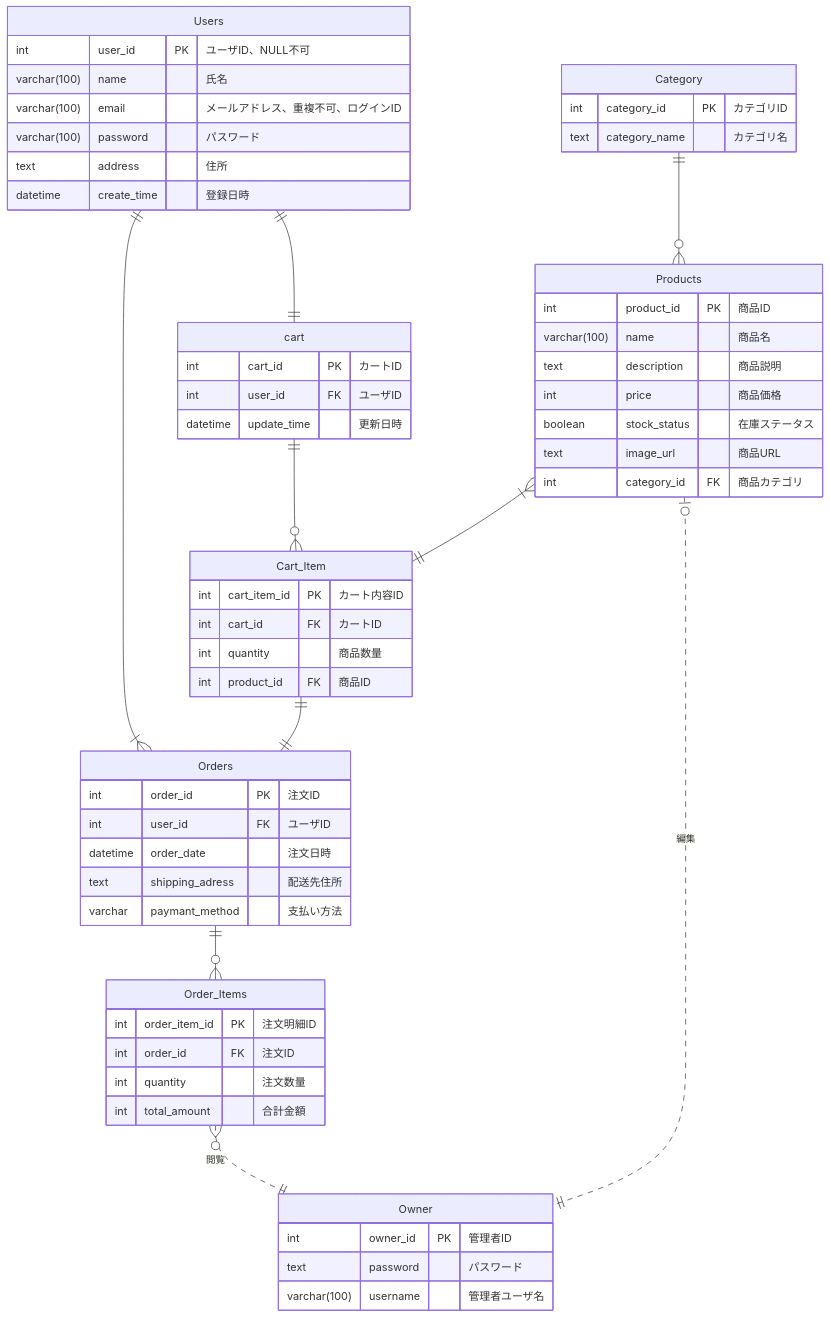
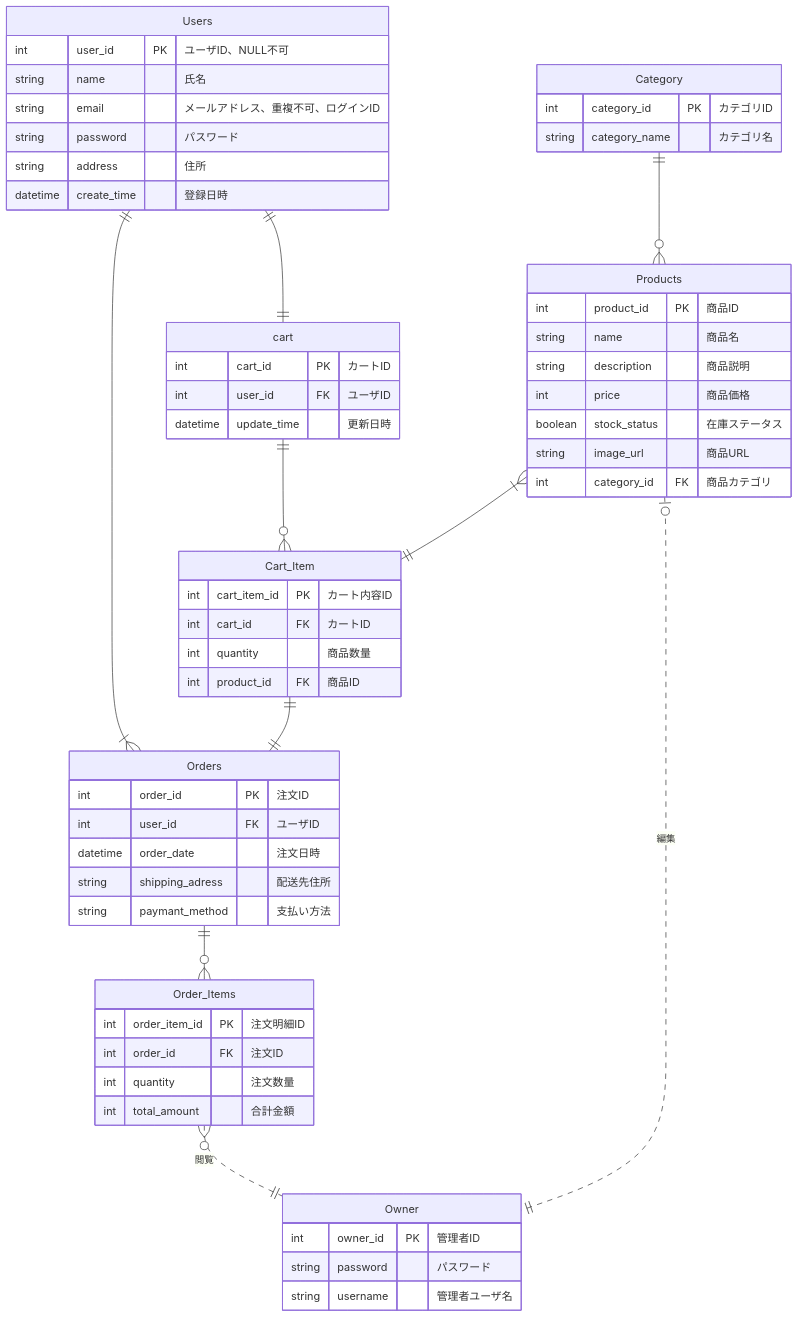
One commit to Hinako-Kimura127/neko changed the sixth of 6 diagrams in 基本設計/基本設計.md. Above: the diagram before and after it, drawn with Mermaid. The commit also changed other lines of this file, not shown here.

````diff
--- a/基本設計/基本設計.md
+++ b/基本設計/基本設計.md
@@ -583,64 +606,64 @@
 ```mermaid
 
 erDiagram
   Users {
     int user_id PK "ユーザID、NULL不可"
-    varchar(100) name "氏名"
-    varchar(100) email "メールアドレス、重複不可、ログインID"
-    varchar(100) password "パスワード"
-    text address "住所"
+    string name "氏名"
+    string email "メールアドレス、重複不可、ログインID"
+    string password "パスワード"
+    string address "住所"
     datetime create_time "登録日時"
   }
   Products {
     int product_id PK "商品ID"
-    varchar(100) name "商品名"
-    text description  "商品説明"
+    string name "商品名"
+    string description  "商品説明"
     int price "商品価格"
     boolean stock_status "在庫ステータス"
-    text image_url "商品URL"
+    string image_url "商品URL"
     int category_id  FK"商品カテゴリ"
   }
   Orders {
     int order_id PK "注文ID"
     int user_id FK "ユーザID"
     datetime order_date  "注文日時"
-    text shipping_adress "配送先住所"
-    varchar paymant_method "支払い方法"
+    string shipping_adress "配送先住所"
+    string paymant_method "支払い方法"
   }
   Order_Items {
     int order_item_id PK "注文明細ID"
     int order_id FK "注文ID"
     int quantity "注文数量"
     int total_amount "合計金額"
   }
   Owner {
     int owner_id PK "管理者ID"
-    text password "パスワード"
-    varchar(100) username "管理者ユーザ名"
+    string password "パスワード"
+    string username "管理者ユーザ名"
   }
   cart {
     int cart_id PK "カートID"
     int user_id FK "ユーザID"
     datetime update_time "更新日時"
   }
   Cart_Item {
     int cart_item_id PK "カート内容ID"
     int cart_id FK "カートID"
     int quantity "商品数量"
     int product_id FK "商品ID"
   }
   Category {
     int category_id PK "カテゴリID"
-    text category_name "カテゴリ名"
+    string category_name "カテゴリ名"
   }
   Orders ||--o{ Order_Items : ""
   Users ||--|{ Orders : ""
   Order_Items }o..|| Owner : "閲覧"
   Users ||--|| cart : ""
   Products }|--|| Cart_Item : ""
   Category ||--o{ Products : ""
   cart ||--o{ Cart_Item : ""
   Products |o..|| Owner : "編集"
   Cart_Item ||--|| Orders : ""
 
 ```
````
